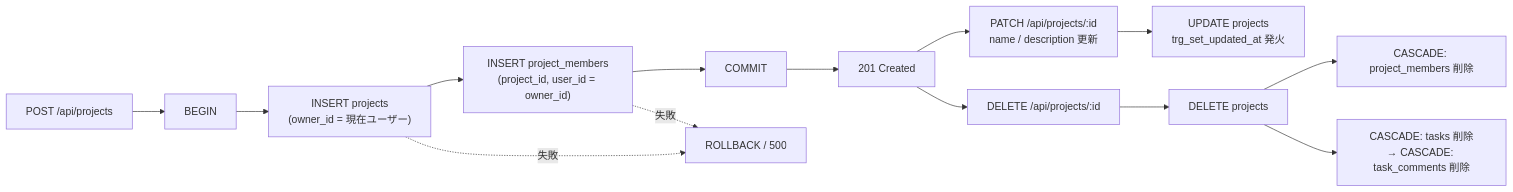
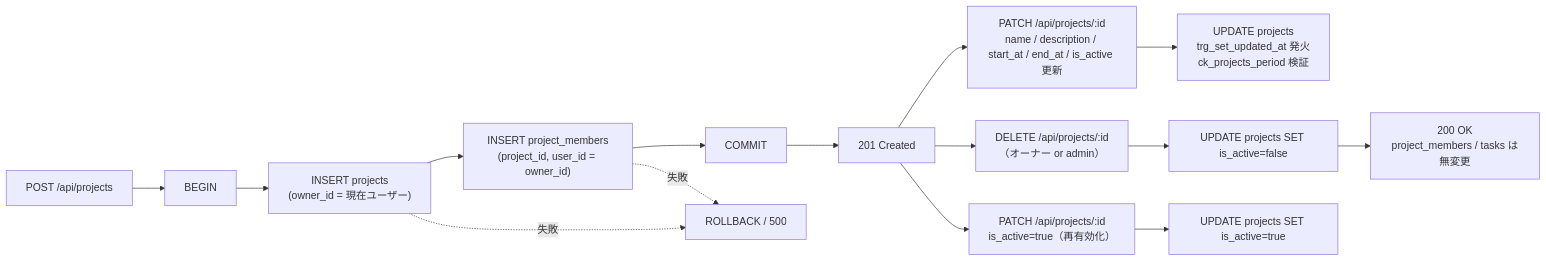
Before and after one commit to oikawa-d/task_management: the second of 3 diagrams in detailed_design/database/04_table_projects.md, drawn with Mermaid. The commit also changed other lines of this file and 25 other files, not shown here.

````diff
--- a/detailed_design/database/04_table_projects.md
+++ b/detailed_design/database/04_table_projects.md
@@ -128,18 +152,20 @@
 ```mermaid
 flowchart LR
     A["POST /api/projects"] --> B["BEGIN"]
     B --> C["INSERT projects<br/>(owner_id = 現在ユーザー)"]
     C --> D["INSERT project_members<br/>(project_id, user_id = owner_id)"]
     D --> E["COMMIT"]
     E --> F["201 Created"]
     C -.->|失敗| G["ROLLBACK / 500"]
     D -.->|失敗| G
 
-    F --> H["PATCH /api/projects/:id<br/>name / description 更新"]
-    H --> I["UPDATE projects<br/>trg_set_updated_at 発火"]
+    F --> H["PATCH /api/projects/:id<br/>name / description / start_at / end_at / is_active 更新"]
+    H --> I["UPDATE projects<br/>trg_set_updated_at 発火<br/>ck_projects_period 検証"]
 
-    F --> J["DELETE /api/projects/:id"]
-    J --> K["DELETE projects"]
-    K --> L["CASCADE: project_members 削除"]
-    K --> M["CASCADE: tasks 削除<br/>→ CASCADE: task_comments 削除"]
+    F --> J["DELETE /api/projects/:id<br/>（オーナー or admin）"]
+    J --> N["UPDATE projects SET is_active=false"]
+    N --> O["200 OK<br/>project_members / tasks は無変更"]
+
+    F --> P["PATCH /api/projects/:id<br/>is_active=true（再有効化）"]
+    P --> Q["UPDATE projects SET is_active=true"]
 ```
````
